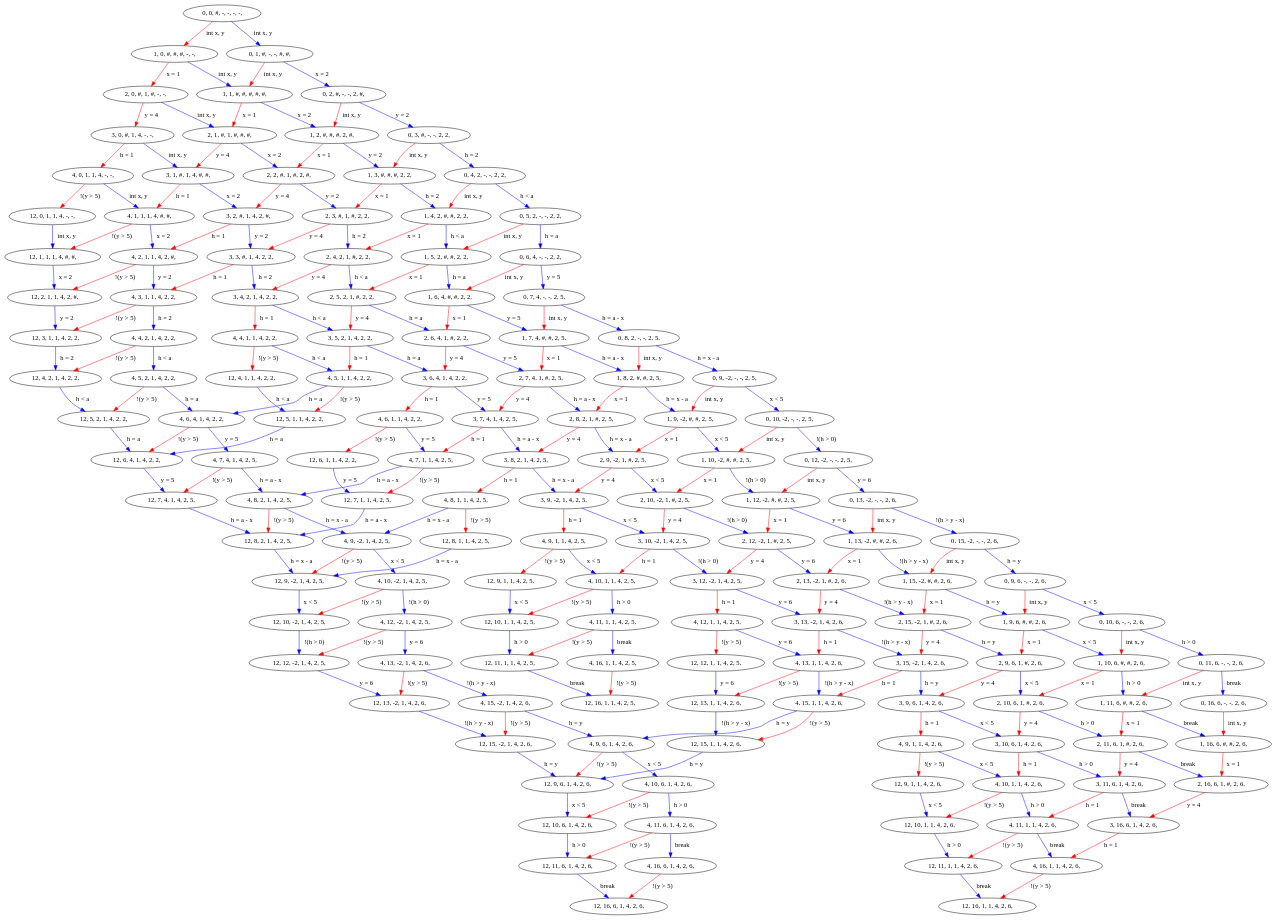
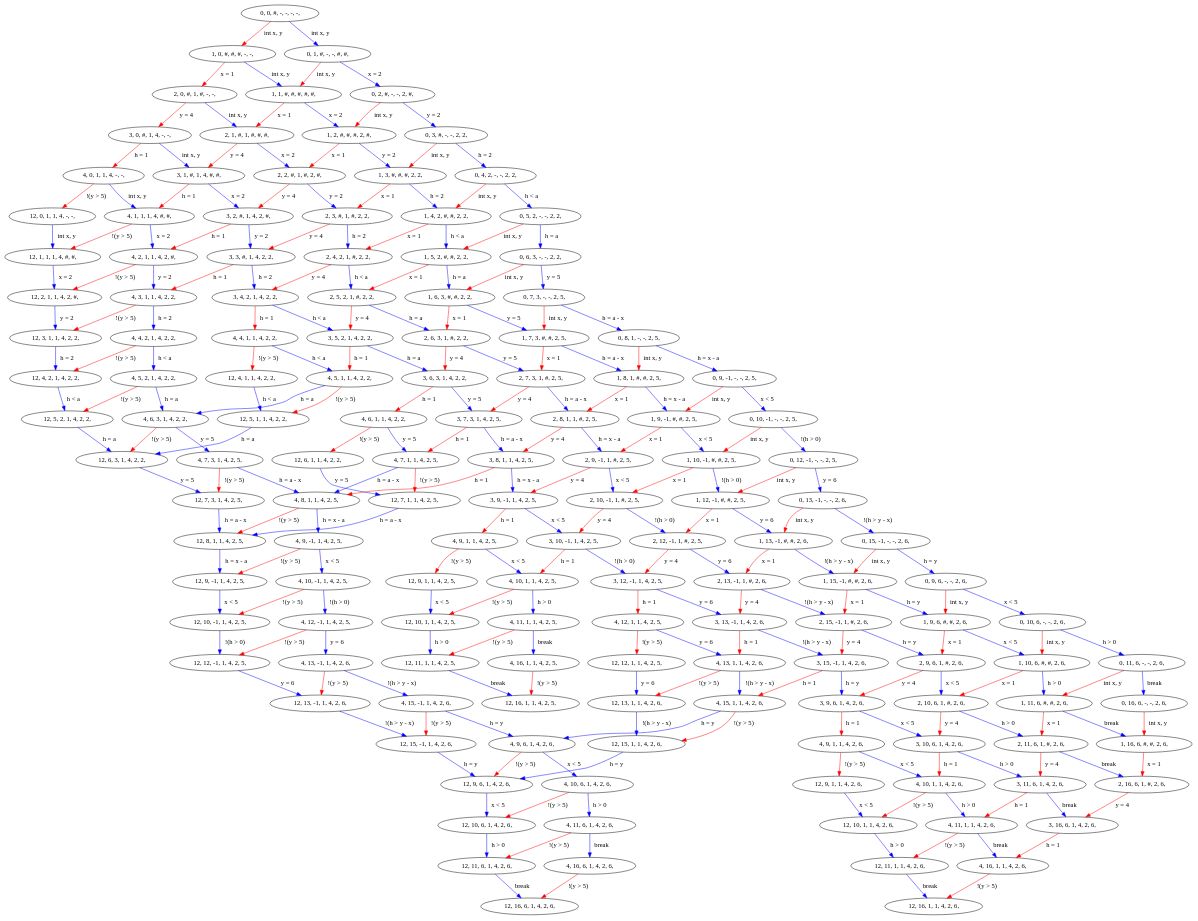
Before and after one commit to dShvetsov/Reliability: the diagram in lts_m12.dot, drawn with Graphviz. The commit also changed 2 other files, not shown here.

```diff
--- a/lts_m12.dot
+++ b/lts_m12.dot
@@ -20,21 +20,21 @@
 9 -> 10[label=" h = 2 " color="blue"]
 11[ label = "12, 5, 2, 1, 4, 2, 2, "]
 10 -> 11[label=" h < a " color="blue"]
-12[ label = "12, 6, 4, 1, 4, 2, 2, "]
+12[ label = "12, 6, 3, 1, 4, 2, 2, "]
 11 -> 12[label=" h = a " color="blue"]
-13[ label = "12, 7, 4, 1, 4, 2, 5, "]
+13[ label = "12, 7, 3, 1, 4, 2, 5, "]
 12 -> 13[label=" y = 5 " color="blue"]
-14[ label = "12, 8, 2, 1, 4, 2, 5, "]
+14[ label = "12, 8, 1, 1, 4, 2, 5, "]
 13 -> 14[label=" h = a - x " color="blue"]
-15[ label = "12, 9, -2, 1, 4, 2, 5, "]
+15[ label = "12, 9, -1, 1, 4, 2, 5, "]
 14 -> 15[label=" h = x - a " color="blue"]
-16[ label = "12, 10, -2, 1, 4, 2, 5, "]
+16[ label = "12, 10, -1, 1, 4, 2, 5, "]
 15 -> 16[label=" x < 5 " color="blue"]
-17[ label = "12, 12, -2, 1, 4, 2, 5, "]
+17[ label = "12, 12, -1, 1, 4, 2, 5, "]
 16 -> 17[label=" !(h > 0) " color="blue"]
-18[ label = "12, 13, -2, 1, 4, 2, 6, "]
+18[ label = "12, 13, -1, 1, 4, 2, 6, "]
 17 -> 18[label=" y = 6 " color="blue"]
-19[ label = "12, 15, -2, 1, 4, 2, 6, "]
+19[ label = "12, 15, -1, 1, 4, 2, 6, "]
 18 -> 19[label=" !(h > y - x) " color="blue"]
 20[ label = "12, 9, 6, 1, 4, 2, 6, "]
 19 -> 20[label=" h = y " color="blue"]
@@ -59,28 +59,28 @@
 28[ label = "4, 5, 2, 1, 4, 2, 2, "]
 27 -> 28[label=" h < a " color="blue"]
 28 -> 11[label=" !(y > 5) " color="red"]
-29[ label = "4, 6, 4, 1, 4, 2, 2, "]
+29[ label = "4, 6, 3, 1, 4, 2, 2, "]
 28 -> 29[label=" h = a " color="blue"]
 29 -> 12[label=" !(y > 5) " color="red"]
-30[ label = "4, 7, 4, 1, 4, 2, 5, "]
+30[ label = "4, 7, 3, 1, 4, 2, 5, "]
 29 -> 30[label=" y = 5 " color="blue"]
 30 -> 13[label=" !(y > 5) " color="red"]
-31[ label = "4, 8, 2, 1, 4, 2, 5, "]
+31[ label = "4, 8, 1, 1, 4, 2, 5, "]
 30 -> 31[label=" h = a - x " color="blue"]
 31 -> 14[label=" !(y > 5) " color="red"]
-32[ label = "4, 9, -2, 1, 4, 2, 5, "]
+32[ label = "4, 9, -1, 1, 4, 2, 5, "]
 31 -> 32[label=" h = x - a " color="blue"]
 32 -> 15[label=" !(y > 5) " color="red"]
-33[ label = "4, 10, -2, 1, 4, 2, 5, "]
+33[ label = "4, 10, -1, 1, 4, 2, 5, "]
 32 -> 33[label=" x < 5 " color="blue"]
 33 -> 16[label=" !(y > 5) " color="red"]
-34[ label = "4, 12, -2, 1, 4, 2, 5, "]
+34[ label = "4, 12, -1, 1, 4, 2, 5, "]
 33 -> 34[label=" !(h > 0) " color="blue"]
 34 -> 17[label=" !(y > 5) " color="red"]
-35[ label = "4, 13, -2, 1, 4, 2, 6, "]
+35[ label = "4, 13, -1, 1, 4, 2, 6, "]
 34 -> 35[label=" y = 6 " color="blue"]
 35 -> 18[label=" !(y > 5) " color="red"]
-36[ label = "4, 15, -2, 1, 4, 2, 6, "]
+36[ label = "4, 15, -1, 1, 4, 2, 6, "]
 35 -> 36[label=" !(h > y - x) " color="blue"]
 36 -> 19[label=" !(y > 5) " color="red"]
 37[ label = "4, 9, 6, 1, 4, 2, 6, "]
@@ -120,7 +120,7 @@
 49[ label = "3, 5, 2, 1, 4, 2, 2, "]
 44 -> 49[label=" h < a " color="blue"]
 49 -> 48[label=" h = 1 " color="red"]
-50[ label = "3, 6, 4, 1, 4, 2, 2, "]
+50[ label = "3, 6, 3, 1, 4, 2, 2, "]
 49 -> 50[label=" h = a " color="blue"]
 51[ label = "4, 6, 1, 1, 4, 2, 2, "]
 50 -> 51[label=" h = 1 " color="red"]
@@ -133,246 +133,241 @@
 51 -> 54[label=" y = 5 " color="blue"]
 54 -> 53[label=" !(y > 5) " color="red"]
 54 -> 31[label=" h = a - x " color="blue"]
-55[ label = "3, 7, 4, 1, 4, 2, 5, "]
+55[ label = "3, 7, 3, 1, 4, 2, 5, "]
 50 -> 55[label=" y = 5 " color="blue"]
 55 -> 54[label=" h = 1 " color="red"]
-56[ label = "3, 8, 2, 1, 4, 2, 5, "]
+56[ label = "3, 8, 1, 1, 4, 2, 5, "]
 55 -> 56[label=" h = a - x " color="blue"]
-57[ label = "4, 8, 1, 1, 4, 2, 5, "]
-56 -> 57[label=" h = 1 " color="red"]
-58[ label = "12, 8, 1, 1, 4, 2, 5, "]
-57 -> 58[label=" !(y > 5) " color="red"]
-58 -> 15[label=" h = x - a " color="blue"]
-57 -> 32[label=" h = x - a " color="blue"]
-59[ label = "3, 9, -2, 1, 4, 2, 5, "]
-56 -> 59[label=" h = x - a " color="blue"]
-60[ label = "4, 9, 1, 1, 4, 2, 5, "]
-59 -> 60[label=" h = 1 " color="red"]
-61[ label = "12, 9, 1, 1, 4, 2, 5, "]
-60 -> 61[label=" !(y > 5) " color="red"]
-62[ label = "12, 10, 1, 1, 4, 2, 5, "]
-61 -> 62[label=" x < 5 " color="blue"]
-63[ label = "12, 11, 1, 1, 4, 2, 5, "]
-62 -> 63[label=" h > 0 " color="blue"]
-64[ label = "12, 16, 1, 1, 4, 2, 5, "]
-63 -> 64[label=" break " color="blue"]
-65[ label = "4, 10, 1, 1, 4, 2, 5, "]
-60 -> 65[label=" x < 5 " color="blue"]
+56 -> 31[label=" h = 1 " color="red"]
+57[ label = "3, 9, -1, 1, 4, 2, 5, "]
+56 -> 57[label=" h = x - a " color="blue"]
+58[ label = "4, 9, 1, 1, 4, 2, 5, "]
+57 -> 58[label=" h = 1 " color="red"]
+59[ label = "12, 9, 1, 1, 4, 2, 5, "]
+58 -> 59[label=" !(y > 5) " color="red"]
+60[ label = "12, 10, 1, 1, 4, 2, 5, "]
+59 -> 60[label=" x < 5 " color="blue"]
+61[ label = "12, 11, 1, 1, 4, 2, 5, "]
+60 -> 61[label=" h > 0 " color="blue"]
+62[ label = "12, 16, 1, 1, 4, 2, 5, "]
+61 -> 62[label=" break " color="blue"]
+63[ label = "4, 10, 1, 1, 4, 2, 5, "]
+58 -> 63[label=" x < 5 " color="blue"]
+63 -> 60[label=" !(y > 5) " color="red"]
+64[ label = "4, 11, 1, 1, 4, 2, 5, "]
+63 -> 64[label=" h > 0 " color="blue"]
+64 -> 61[label=" !(y > 5) " color="red"]
+65[ label = "4, 16, 1, 1, 4, 2, 5, "]
+64 -> 65[label=" break " color="blue"]
 65 -> 62[label=" !(y > 5) " color="red"]
-66[ label = "4, 11, 1, 1, 4, 2, 5, "]
-65 -> 66[label=" h > 0 " color="blue"]
-66 -> 63[label=" !(y > 5) " color="red"]
-67[ label = "4, 16, 1, 1, 4, 2, 5, "]
-66 -> 67[label=" break " color="blue"]
-67 -> 64[label=" !(y > 5) " color="red"]
-68[ label = "3, 10, -2, 1, 4, 2, 5, "]
-59 -> 68[label=" x < 5 " color="blue"]
-68 -> 65[label=" h = 1 " color="red"]
-69[ label = "3, 12, -2, 1, 4, 2, 5, "]
-68 -> 69[label=" !(h > 0) " color="blue"]
-70[ label = "4, 12, 1, 1, 4, 2, 5, "]
-69 -> 70[label=" h = 1 " color="red"]
-71[ label = "12, 12, 1, 1, 4, 2, 5, "]
-70 -> 71[label=" !(y > 5) " color="red"]
-72[ label = "12, 13, 1, 1, 4, 2, 6, "]
-71 -> 72[label=" y = 6 " color="blue"]
-73[ label = "12, 15, 1, 1, 4, 2, 6, "]
+66[ label = "3, 10, -1, 1, 4, 2, 5, "]
+57 -> 66[label=" x < 5 " color="blue"]
+66 -> 63[label=" h = 1 " color="red"]
+67[ label = "3, 12, -1, 1, 4, 2, 5, "]
+66 -> 67[label=" !(h > 0) " color="blue"]
+68[ label = "4, 12, 1, 1, 4, 2, 5, "]
+67 -> 68[label=" h = 1 " color="red"]
+69[ label = "12, 12, 1, 1, 4, 2, 5, "]
+68 -> 69[label=" !(y > 5) " color="red"]
+70[ label = "12, 13, 1, 1, 4, 2, 6, "]
+69 -> 70[label=" y = 6 " color="blue"]
+71[ label = "12, 15, 1, 1, 4, 2, 6, "]
+70 -> 71[label=" !(h > y - x) " color="blue"]
+71 -> 20[label=" h = y " color="blue"]
+72[ label = "4, 13, 1, 1, 4, 2, 6, "]
+68 -> 72[label=" y = 6 " color="blue"]
+72 -> 70[label=" !(y > 5) " color="red"]
+73[ label = "4, 15, 1, 1, 4, 2, 6, "]
 72 -> 73[label=" !(h > y - x) " color="blue"]
-73 -> 20[label=" h = y " color="blue"]
-74[ label = "4, 13, 1, 1, 4, 2, 6, "]
-70 -> 74[label=" y = 6 " color="blue"]
-74 -> 72[label=" !(y > 5) " color="red"]
-75[ label = "4, 15, 1, 1, 4, 2, 6, "]
+73 -> 71[label=" !(y > 5) " color="red"]
+73 -> 37[label=" h = y " color="blue"]
+74[ label = "3, 13, -1, 1, 4, 2, 6, "]
+67 -> 74[label=" y = 6 " color="blue"]
+74 -> 72[label=" h = 1 " color="red"]
+75[ label = "3, 15, -1, 1, 4, 2, 6, "]
 74 -> 75[label=" !(h > y - x) " color="blue"]
-75 -> 73[label=" !(y > 5) " color="red"]
-75 -> 37[label=" h = y " color="blue"]
-76[ label = "3, 13, -2, 1, 4, 2, 6, "]
-69 -> 76[label=" y = 6 " color="blue"]
-76 -> 74[label=" h = 1 " color="red"]
-77[ label = "3, 15, -2, 1, 4, 2, 6, "]
-76 -> 77[label=" !(h > y - x) " color="blue"]
-77 -> 75[label=" h = 1 " color="red"]
-78[ label = "3, 9, 6, 1, 4, 2, 6, "]
-77 -> 78[label=" h = y " color="blue"]
-79[ label = "4, 9, 1, 1, 4, 2, 6, "]
-78 -> 79[label=" h = 1 " color="red"]
-80[ label = "12, 9, 1, 1, 4, 2, 6, "]
-79 -> 80[label=" !(y > 5) " color="red"]
-81[ label = "12, 10, 1, 1, 4, 2, 6, "]
-80 -> 81[label=" x < 5 " color="blue"]
-82[ label = "12, 11, 1, 1, 4, 2, 6, "]
-81 -> 82[label=" h > 0 " color="blue"]
-83[ label = "12, 16, 1, 1, 4, 2, 6, "]
-82 -> 83[label=" break " color="blue"]
-84[ label = "4, 10, 1, 1, 4, 2, 6, "]
-79 -> 84[label=" x < 5 " color="blue"]
+75 -> 73[label=" h = 1 " color="red"]
+76[ label = "3, 9, 6, 1, 4, 2, 6, "]
+75 -> 76[label=" h = y " color="blue"]
+77[ label = "4, 9, 1, 1, 4, 2, 6, "]
+76 -> 77[label=" h = 1 " color="red"]
+78[ label = "12, 9, 1, 1, 4, 2, 6, "]
+77 -> 78[label=" !(y > 5) " color="red"]
+79[ label = "12, 10, 1, 1, 4, 2, 6, "]
+78 -> 79[label=" x < 5 " color="blue"]
+80[ label = "12, 11, 1, 1, 4, 2, 6, "]
+79 -> 80[label=" h > 0 " color="blue"]
+81[ label = "12, 16, 1, 1, 4, 2, 6, "]
+80 -> 81[label=" break " color="blue"]
+82[ label = "4, 10, 1, 1, 4, 2, 6, "]
+77 -> 82[label=" x < 5 " color="blue"]
+82 -> 79[label=" !(y > 5) " color="red"]
+83[ label = "4, 11, 1, 1, 4, 2, 6, "]
+82 -> 83[label=" h > 0 " color="blue"]
+83 -> 80[label=" !(y > 5) " color="red"]
+84[ label = "4, 16, 1, 1, 4, 2, 6, "]
+83 -> 84[label=" break " color="blue"]
 84 -> 81[label=" !(y > 5) " color="red"]
-85[ label = "4, 11, 1, 1, 4, 2, 6, "]
-84 -> 85[label=" h > 0 " color="blue"]
-85 -> 82[label=" !(y > 5) " color="red"]
-86[ label = "4, 16, 1, 1, 4, 2, 6, "]
-85 -> 86[label=" break " color="blue"]
-86 -> 83[label=" !(y > 5) " color="red"]
-87[ label = "3, 10, 6, 1, 4, 2, 6, "]
-78 -> 87[label=" x < 5 " color="blue"]
+85[ label = "3, 10, 6, 1, 4, 2, 6, "]
+76 -> 85[label=" x < 5 " color="blue"]
+85 -> 82[label=" h = 1 " color="red"]
+86[ label = "3, 11, 6, 1, 4, 2, 6, "]
+85 -> 86[label=" h > 0 " color="blue"]
+86 -> 83[label=" h = 1 " color="red"]
+87[ label = "3, 16, 6, 1, 4, 2, 6, "]
+86 -> 87[label=" break " color="blue"]
 87 -> 84[label=" h = 1 " color="red"]
-88[ label = "3, 11, 6, 1, 4, 2, 6, "]
-87 -> 88[label=" h > 0 " color="blue"]
-88 -> 85[label=" h = 1 " color="red"]
-89[ label = "3, 16, 6, 1, 4, 2, 6, "]
-88 -> 89[label=" break " color="blue"]
-89 -> 86[label=" h = 1 " color="red"]
-90[ label = "2, 1, #, 1, #, #, #, "]
-3 -> 90[label=" int x, y " color="blue"]
-90 -> 41[label=" y = 4 " color="red"]
-91[ label = "2, 2, #, 1, #, 2, #, "]
-90 -> 91[label=" x = 2 " color="blue"]
-91 -> 42[label=" y = 4 " color="red"]
-92[ label = "2, 3, #, 1, #, 2, 2, "]
-91 -> 92[label=" y = 2 " color="blue"]
-92 -> 43[label=" y = 4 " color="red"]
-93[ label = "2, 4, 2, 1, #, 2, 2, "]
-92 -> 93[label=" h = 2 " color="blue"]
-93 -> 44[label=" y = 4 " color="red"]
-94[ label = "2, 5, 2, 1, #, 2, 2, "]
-93 -> 94[label=" h < a " color="blue"]
-94 -> 49[label=" y = 4 " color="red"]
-95[ label = "2, 6, 4, 1, #, 2, 2, "]
-94 -> 95[label=" h = a " color="blue"]
-95 -> 50[label=" y = 4 " color="red"]
-96[ label = "2, 7, 4, 1, #, 2, 5, "]
-95 -> 96[label=" y = 5 " color="blue"]
-96 -> 55[label=" y = 4 " color="red"]
-97[ label = "2, 8, 2, 1, #, 2, 5, "]
-96 -> 97[label=" h = a - x " color="blue"]
-97 -> 56[label=" y = 4 " color="red"]
-98[ label = "2, 9, -2, 1, #, 2, 5, "]
-97 -> 98[label=" h = x - a " color="blue"]
-98 -> 59[label=" y = 4 " color="red"]
-99[ label = "2, 10, -2, 1, #, 2, 5, "]
-98 -> 99[label=" x < 5 " color="blue"]
-99 -> 68[label=" y = 4 " color="red"]
-100[ label = "2, 12, -2, 1, #, 2, 5, "]
-99 -> 100[label=" !(h > 0) " color="blue"]
-100 -> 69[label=" y = 4 " color="red"]
-101[ label = "2, 13, -2, 1, #, 2, 6, "]
-100 -> 101[label=" y = 6 " color="blue"]
+88[ label = "2, 1, #, 1, #, #, #, "]
+3 -> 88[label=" int x, y " color="blue"]
+88 -> 41[label=" y = 4 " color="red"]
+89[ label = "2, 2, #, 1, #, 2, #, "]
+88 -> 89[label=" x = 2 " color="blue"]
+89 -> 42[label=" y = 4 " color="red"]
+90[ label = "2, 3, #, 1, #, 2, 2, "]
+89 -> 90[label=" y = 2 " color="blue"]
+90 -> 43[label=" y = 4 " color="red"]
+91[ label = "2, 4, 2, 1, #, 2, 2, "]
+90 -> 91[label=" h = 2 " color="blue"]
+91 -> 44[label=" y = 4 " color="red"]
+92[ label = "2, 5, 2, 1, #, 2, 2, "]
+91 -> 92[label=" h < a " color="blue"]
+92 -> 49[label=" y = 4 " color="red"]
+93[ label = "2, 6, 3, 1, #, 2, 2, "]
+92 -> 93[label=" h = a " color="blue"]
+93 -> 50[label=" y = 4 " color="red"]
+94[ label = "2, 7, 3, 1, #, 2, 5, "]
+93 -> 94[label=" y = 5 " color="blue"]
+94 -> 55[label=" y = 4 " color="red"]
+95[ label = "2, 8, 1, 1, #, 2, 5, "]
+94 -> 95[label=" h = a - x " color="blue"]
+95 -> 56[label=" y = 4 " color="red"]
+96[ label = "2, 9, -1, 1, #, 2, 5, "]
+95 -> 96[label=" h = x - a " color="blue"]
+96 -> 57[label=" y = 4 " color="red"]
+97[ label = "2, 10, -1, 1, #, 2, 5, "]
+96 -> 97[label=" x < 5 " color="blue"]
+97 -> 66[label=" y = 4 " color="red"]
+98[ label = "2, 12, -1, 1, #, 2, 5, "]
+97 -> 98[label=" !(h > 0) " color="blue"]
+98 -> 67[label=" y = 4 " color="red"]
+99[ label = "2, 13, -1, 1, #, 2, 6, "]
+98 -> 99[label=" y = 6 " color="blue"]
+99 -> 74[label=" y = 4 " color="red"]
+100[ label = "2, 15, -1, 1, #, 2, 6, "]
+99 -> 100[label=" !(h > y - x) " color="blue"]
+100 -> 75[label=" y = 4 " color="red"]
+101[ label = "2, 9, 6, 1, #, 2, 6, "]
+100 -> 101[label=" h = y " color="blue"]
 101 -> 76[label=" y = 4 " color="red"]
-102[ label = "2, 15, -2, 1, #, 2, 6, "]
-101 -> 102[label=" !(h > y - x) " color="blue"]
-102 -> 77[label=" y = 4 " color="red"]
-103[ label = "2, 9, 6, 1, #, 2, 6, "]
-102 -> 103[label=" h = y " color="blue"]
-103 -> 78[label=" y = 4 " color="red"]
-104[ label = "2, 10, 6, 1, #, 2, 6, "]
-103 -> 104[label=" x < 5 " color="blue"]
+102[ label = "2, 10, 6, 1, #, 2, 6, "]
+101 -> 102[label=" x < 5 " color="blue"]
+102 -> 85[label=" y = 4 " color="red"]
+103[ label = "2, 11, 6, 1, #, 2, 6, "]
+102 -> 103[label=" h > 0 " color="blue"]
+103 -> 86[label=" y = 4 " color="red"]
+104[ label = "2, 16, 6, 1, #, 2, 6, "]
+103 -> 104[label=" break " color="blue"]
 104 -> 87[label=" y = 4 " color="red"]
-105[ label = "2, 11, 6, 1, #, 2, 6, "]
-104 -> 105[label=" h > 0 " color="blue"]
-105 -> 88[label=" y = 4 " color="red"]
-106[ label = "2, 16, 6, 1, #, 2, 6, "]
-105 -> 106[label=" break " color="blue"]
-106 -> 89[label=" y = 4 " color="red"]
-107[ label = "1, 1, #, #, #, #, #, "]
-2 -> 107[label=" int x, y " color="blue"]
+105[ label = "1, 1, #, #, #, #, #, "]
+2 -> 105[label=" int x, y " color="blue"]
+105 -> 88[label=" x = 1 " color="red"]
+106[ label = "1, 2, #, #, #, 2, #, "]
+105 -> 106[label=" x = 2 " color="blue"]
+106 -> 89[label=" x = 1 " color="red"]
+107[ label = "1, 3, #, #, #, 2, 2, "]
+106 -> 107[label=" y = 2 " color="blue"]
 107 -> 90[label=" x = 1 " color="red"]
-108[ label = "1, 2, #, #, #, 2, #, "]
-107 -> 108[label=" x = 2 " color="blue"]
+108[ label = "1, 4, 2, #, #, 2, 2, "]
+107 -> 108[label=" h = 2 " color="blue"]
 108 -> 91[label=" x = 1 " color="red"]
-109[ label = "1, 3, #, #, #, 2, 2, "]
-108 -> 109[label=" y = 2 " color="blue"]
+109[ label = "1, 5, 2, #, #, 2, 2, "]
+108 -> 109[label=" h < a " color="blue"]
 109 -> 92[label=" x = 1 " color="red"]
-110[ label = "1, 4, 2, #, #, 2, 2, "]
-109 -> 110[label=" h = 2 " color="blue"]
+110[ label = "1, 6, 3, #, #, 2, 2, "]
+109 -> 110[label=" h = a " color="blue"]
 110 -> 93[label=" x = 1 " color="red"]
-111[ label = "1, 5, 2, #, #, 2, 2, "]
-110 -> 111[label=" h < a " color="blue"]
+111[ label = "1, 7, 3, #, #, 2, 5, "]
+110 -> 111[label=" y = 5 " color="blue"]
 111 -> 94[label=" x = 1 " color="red"]
-112[ label = "1, 6, 4, #, #, 2, 2, "]
-111 -> 112[label=" h = a " color="blue"]
+112[ label = "1, 8, 1, #, #, 2, 5, "]
+111 -> 112[label=" h = a - x " color="blue"]
 112 -> 95[label=" x = 1 " color="red"]
-113[ label = "1, 7, 4, #, #, 2, 5, "]
-112 -> 113[label=" y = 5 " color="blue"]
+113[ label = "1, 9, -1, #, #, 2, 5, "]
+112 -> 113[label=" h = x - a " color="blue"]
 113 -> 96[label=" x = 1 " color="red"]
-114[ label = "1, 8, 2, #, #, 2, 5, "]
-113 -> 114[label=" h = a - x " color="blue"]
+114[ label = "1, 10, -1, #, #, 2, 5, "]
+113 -> 114[label=" x < 5 " color="blue"]
 114 -> 97[label=" x = 1 " color="red"]
-115[ label = "1, 9, -2, #, #, 2, 5, "]
-114 -> 115[label=" h = x - a " color="blue"]
+115[ label = "1, 12, -1, #, #, 2, 5, "]
+114 -> 115[label=" !(h > 0) " color="blue"]
 115 -> 98[label=" x = 1 " color="red"]
-116[ label = "1, 10, -2, #, #, 2, 5, "]
-115 -> 116[label=" x < 5 " color="blue"]
+116[ label = "1, 13, -1, #, #, 2, 6, "]
+115 -> 116[label=" y = 6 " color="blue"]
 116 -> 99[label=" x = 1 " color="red"]
-117[ label = "1, 12, -2, #, #, 2, 5, "]
-116 -> 117[label=" !(h > 0) " color="blue"]
+117[ label = "1, 15, -1, #, #, 2, 6, "]
+116 -> 117[label=" !(h > y - x) " color="blue"]
 117 -> 100[label=" x = 1 " color="red"]
-118[ label = "1, 13, -2, #, #, 2, 6, "]
-117 -> 118[label=" y = 6 " color="blue"]
+118[ label = "1, 9, 6, #, #, 2, 6, "]
+117 -> 118[label=" h = y " color="blue"]
 118 -> 101[label=" x = 1 " color="red"]
-119[ label = "1, 15, -2, #, #, 2, 6, "]
-118 -> 119[label=" !(h > y - x) " color="blue"]
+119[ label = "1, 10, 6, #, #, 2, 6, "]
+118 -> 119[label=" x < 5 " color="blue"]
 119 -> 102[label=" x = 1 " color="red"]
-120[ label = "1, 9, 6, #, #, 2, 6, "]
-119 -> 120[label=" h = y " color="blue"]
+120[ label = "1, 11, 6, #, #, 2, 6, "]
+119 -> 120[label=" h > 0 " color="blue"]
 120 -> 103[label=" x = 1 " color="red"]
-121[ label = "1, 10, 6, #, #, 2, 6, "]
-120 -> 121[label=" x < 5 " color="blue"]
+121[ label = "1, 16, 6, #, #, 2, 6, "]
+120 -> 121[label=" break " color="blue"]
 121 -> 104[label=" x = 1 " color="red"]
-122[ label = "1, 11, 6, #, #, 2, 6, "]
-121 -> 122[label=" h > 0 " color="blue"]
-122 -> 105[label=" x = 1 " color="red"]
-123[ label = "1, 16, 6, #, #, 2, 6, "]
-122 -> 123[label=" break " color="blue"]
-123 -> 106[label=" x = 1 " color="red"]
-124[ label = "0, 1, #, -, -, #, #, "]
-1 -> 124[label=" int x, y " color="blue"]
+122[ label = "0, 1, #, -, -, #, #, "]
+1 -> 122[label=" int x, y " color="blue"]
+122 -> 105[label=" int x, y " color="red"]
+123[ label = "0, 2, #, -, -, 2, #, "]
+122 -> 123[label=" x = 2 " color="blue"]
+123 -> 106[label=" int x, y " color="red"]
+124[ label = "0, 3, #, -, -, 2, 2, "]
+123 -> 124[label=" y = 2 " color="blue"]
 124 -> 107[label=" int x, y " color="red"]
-125[ label = "0, 2, #, -, -, 2, #, "]
-124 -> 125[label=" x = 2 " color="blue"]
+125[ label = "0, 4, 2, -, -, 2, 2, "]
+124 -> 125[label=" h = 2 " color="blue"]
 125 -> 108[label=" int x, y " color="red"]
-126[ label = "0, 3, #, -, -, 2, 2, "]
-125 -> 126[label=" y = 2 " color="blue"]
+126[ label = "0, 5, 2, -, -, 2, 2, "]
+125 -> 126[label=" h < a " color="blue"]
 126 -> 109[label=" int x, y " color="red"]
-127[ label = "0, 4, 2, -, -, 2, 2, "]
-126 -> 127[label=" h = 2 " color="blue"]
+127[ label = "0, 6, 3, -, -, 2, 2, "]
+126 -> 127[label=" h = a " color="blue"]
 127 -> 110[label=" int x, y " color="red"]
-128[ label = "0, 5, 2, -, -, 2, 2, "]
-127 -> 128[label=" h < a " color="blue"]
+128[ label = "0, 7, 3, -, -, 2, 5, "]
+127 -> 128[label=" y = 5 " color="blue"]
 128 -> 111[label=" int x, y " color="red"]
-129[ label = "0, 6, 4, -, -, 2, 2, "]
-128 -> 129[label=" h = a " color="blue"]
+129[ label = "0, 8, 1, -, -, 2, 5, "]
+128 -> 129[label=" h = a - x " color="blue"]
 129 -> 112[label=" int x, y " color="red"]
-130[ label = "0, 7, 4, -, -, 2, 5, "]
-129 -> 130[label=" y = 5 " color="blue"]
+130[ label = "0, 9, -1, -, -, 2, 5, "]
+129 -> 130[label=" h = x - a " color="blue"]
 130 -> 113[label=" int x, y " color="red"]
-131[ label = "0, 8, 2, -, -, 2, 5, "]
-130 -> 131[label=" h = a - x " color="blue"]
+131[ label = "0, 10, -1, -, -, 2, 5, "]
+130 -> 131[label=" x < 5 " color="blue"]
 131 -> 114[label=" int x, y " color="red"]
-132[ label = "0, 9, -2, -, -, 2, 5, "]
-131 -> 132[label=" h = x - a " color="blue"]
+132[ label = "0, 12, -1, -, -, 2, 5, "]
+131 -> 132[label=" !(h > 0) " color="blue"]
 132 -> 115[label=" int x, y " color="red"]
-133[ label = "0, 10, -2, -, -, 2, 5, "]
-132 -> 133[label=" x < 5 " color="blue"]
+133[ label = "0, 13, -1, -, -, 2, 6, "]
+132 -> 133[label=" y = 6 " color="blue"]
 133 -> 116[label=" int x, y " color="red"]
-134[ label = "0, 12, -2, -, -, 2, 5, "]
-133 -> 134[label=" !(h > 0) " color="blue"]
+134[ label = "0, 15, -1, -, -, 2, 6, "]
+133 -> 134[label=" !(h > y - x) " color="blue"]
 134 -> 117[label=" int x, y " color="red"]
-135[ label = "0, 13, -2, -, -, 2, 6, "]
-134 -> 135[label=" y = 6 " color="blue"]
+135[ label = "0, 9, 6, -, -, 2, 6, "]
+134 -> 135[label=" h = y " color="blue"]
 135 -> 118[label=" int x, y " color="red"]
-136[ label = "0, 15, -2, -, -, 2, 6, "]
-135 -> 136[label=" !(h > y - x) " color="blue"]
+136[ label = "0, 10, 6, -, -, 2, 6, "]
+135 -> 136[label=" x < 5 " color="blue"]
 136 -> 119[label=" int x, y " color="red"]
-137[ label = "0, 9, 6, -, -, 2, 6, "]
-136 -> 137[label=" h = y " color="blue"]
+137[ label = "0, 11, 6, -, -, 2, 6, "]
+136 -> 137[label=" h > 0 " color="blue"]
 137 -> 120[label=" int x, y " color="red"]
-138[ label = "0, 10, 6, -, -, 2, 6, "]
-137 -> 138[label=" x < 5 " color="blue"]
+138[ label = "0, 16, 6, -, -, 2, 6, "]
+137 -> 138[label=" break " color="blue"]
 138 -> 121[label=" int x, y " color="red"]
-139[ label = "0, 11, 6, -, -, 2, 6, "]
-138 -> 139[label=" h > 0 " color="blue"]
-139 -> 122[label=" int x, y " color="red"]
-140[ label = "0, 16, 6, -, -, 2, 6, "]
-139 -> 140[label=" break " color="blue"]
-140 -> 123[label=" int x, y " color="red"]
 }
```
